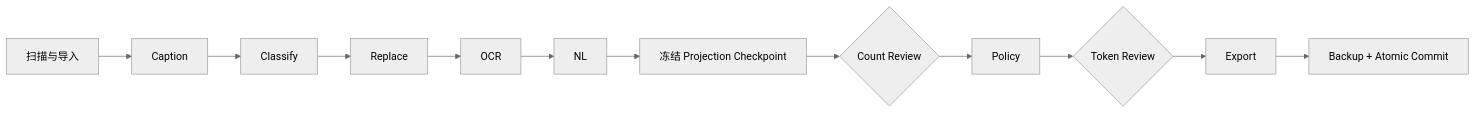
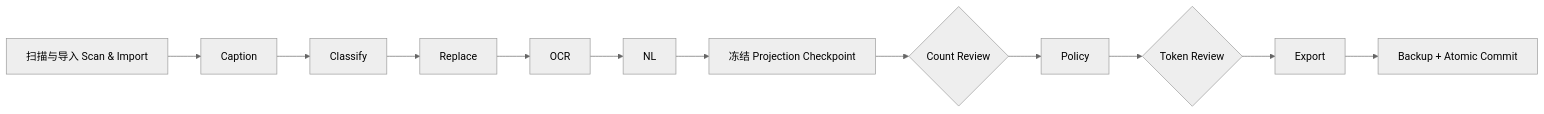
Before and after one commit to nzs234/Tagger2_Inference_Rebuild2: the diagram in README.md, drawn with Mermaid (neutral theme). The commit also changed other lines of this file and 1 other file, not shown here.

````diff
--- a/README.md
+++ b/README.md
@@ -228,14 +355,14 @@
 ```mermaid
 flowchart LR
-    A["扫描与导入"] --> B["Caption"]
+    A["扫描与导入 Scan & Import"] --> B["Caption"]
     B --> C["Classify"]
     C --> D["Replace"]
     D --> E["OCR"]
     E --> F["NL"]
     F --> G["冻结 Projection Checkpoint"]
     G --> H{"Count Review"}
     H --> I["Policy"]
     I --> J{"Token Review"}
     J --> K["Export"]
     K --> L["Backup + Atomic Commit"]
 ```
````
